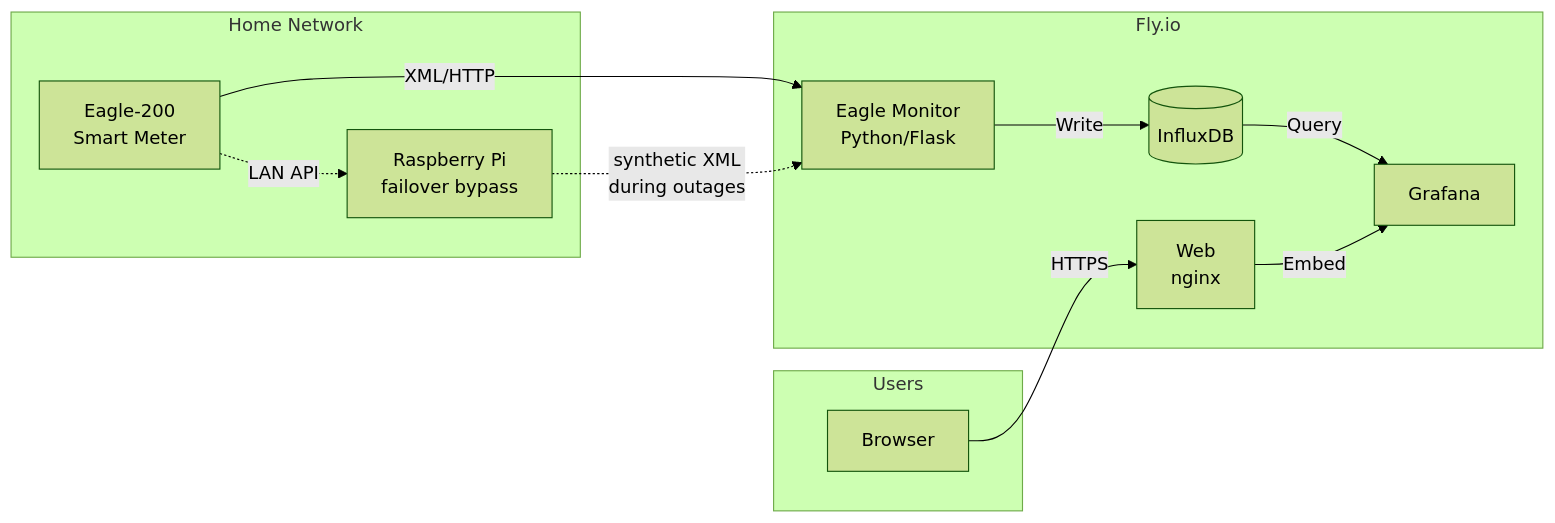
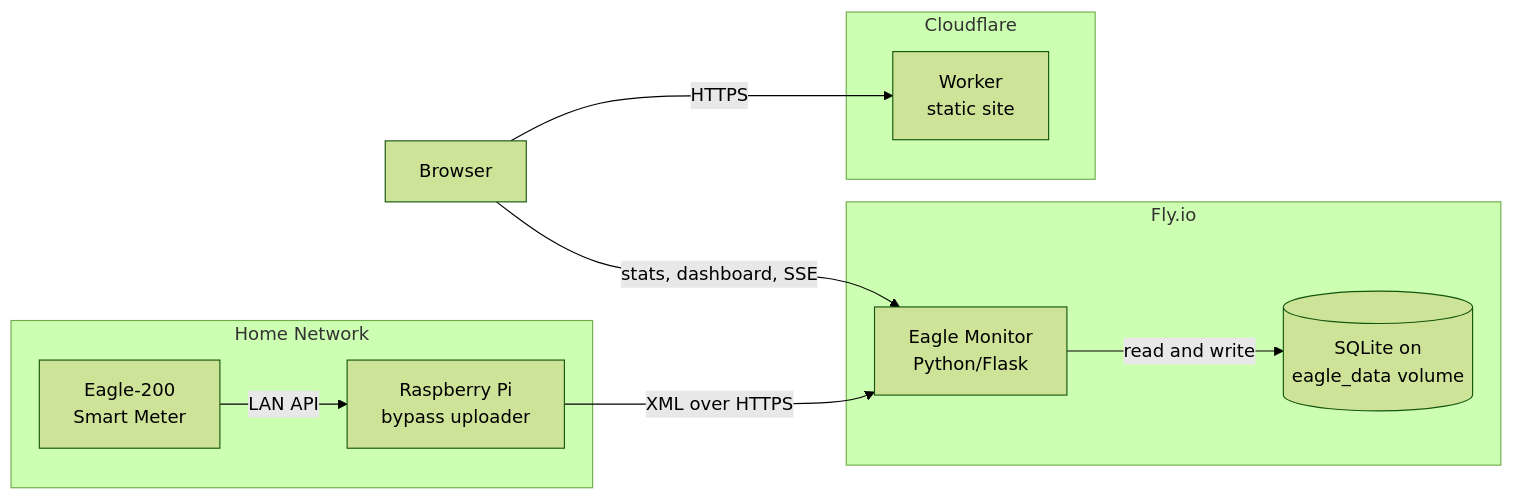
One commit to murr2k/linknode-com changed the diagram in README.md. Above: the diagram before and after it, drawn with Mermaid (forest theme). The commit also changed other lines of this file and 47 other files, not shown here.

````diff
--- a/README.md
+++ b/README.md
@@ -185,26 +145,24 @@
 ```mermaid
 flowchart LR
-    subgraph Home Network
-        Eagle[Eagle-200<br/>Smart Meter]
-        Pi[Raspberry Pi<br/>failover bypass]
+    subgraph Home["Home Network"]
+        Eagle["Eagle-200<br/>Smart Meter"]
+        Pi["Raspberry Pi<br/>bypass uploader"]
     end
 
-    subgraph Fly.io
-        Monitor[Eagle Monitor<br/>Python/Flask]
-        DB[(InfluxDB)]
-        Grafana[Grafana]
-        Web[Web<br/>nginx]
+    subgraph Fly["Fly.io"]
+        Monitor["Eagle Monitor<br/>Python/Flask"]
+        DB[("SQLite on<br/>eagle_data volume")]
     end
 
-    subgraph Users
-        Browser[Browser]
+    subgraph CF["Cloudflare"]
+        Site["Worker<br/>static site"]
     end
 
-    Eagle -->|XML/HTTP| Monitor
-    Eagle -.->|LAN API| Pi
-    Pi -.->|synthetic XML<br/>during outages| Monitor
-    Monitor -->|Write| DB
-    DB -->|Query| Grafana
-    Browser -->|HTTPS| Web
-    Web -->|Embed| Grafana
+    Browser["Browser"]
+
+    Eagle -->|LAN API| Pi
+    Pi -->|XML over HTTPS| Monitor
+    Monitor -->|read and write| DB
+    Browser -->|HTTPS| Site
+    Browser -->|"stats, dashboard, SSE"| Monitor
 ```
````
